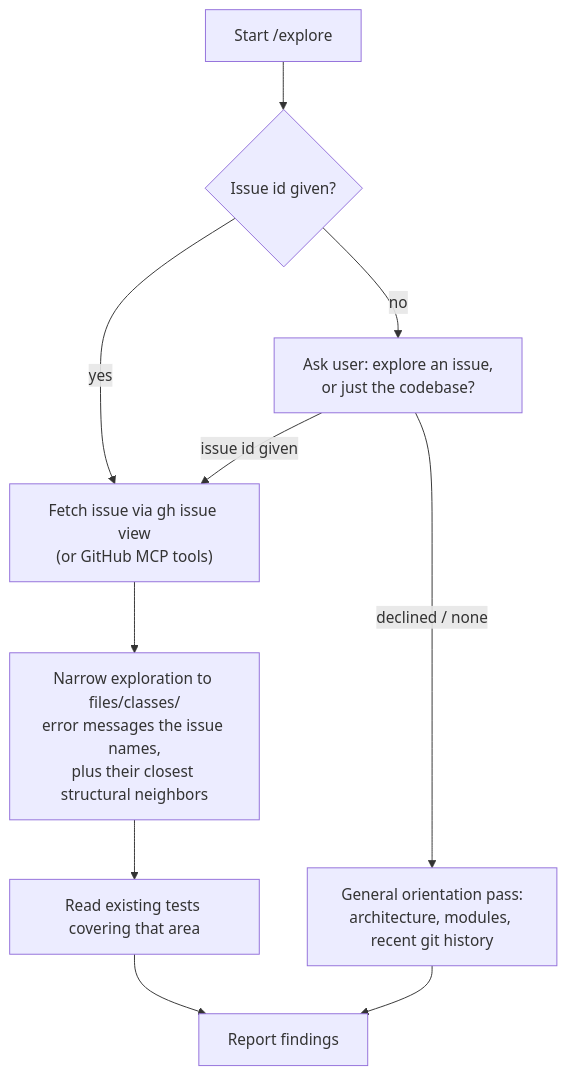
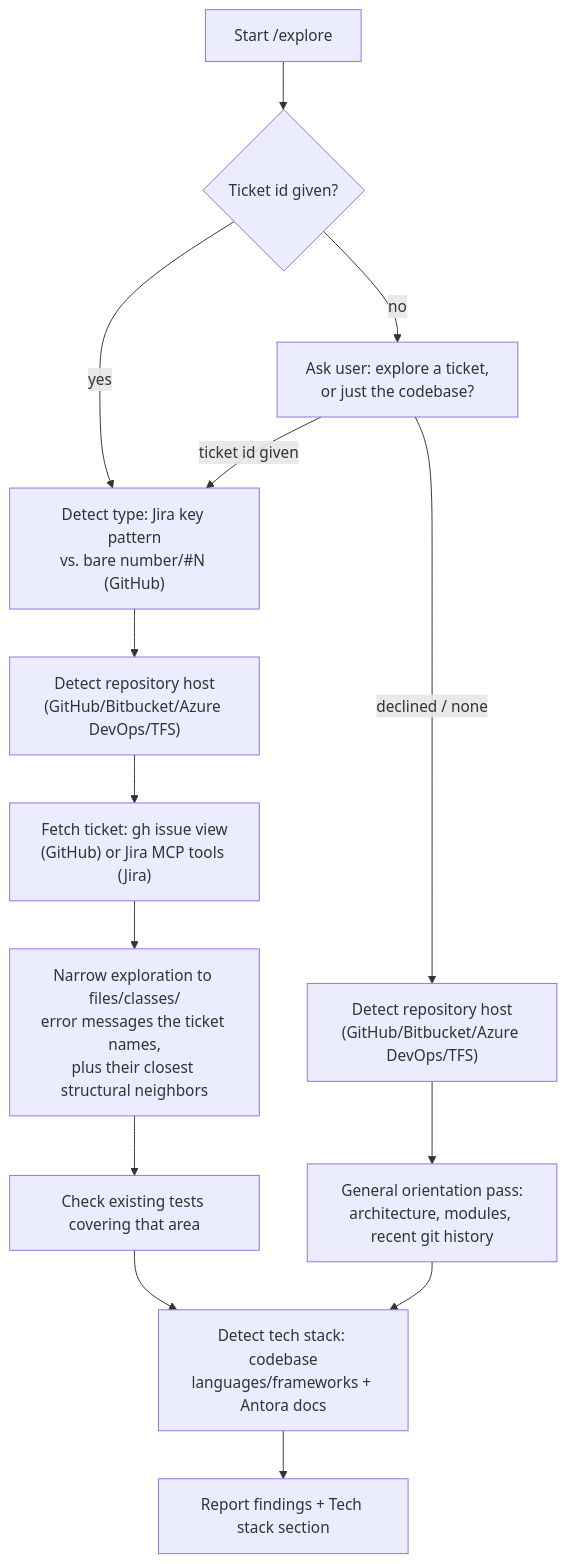
One commit to albertoirurueta/ai-catalog changed the diagram in docs/modules/ROOT/pages/skills/explore.adoc. Above: the diagram before and after it, drawn with Mermaid. The commit also changed other lines of this file and 23 other files, not shown here.

```diff
--- a/docs/modules/ROOT/pages/skills/explore.adoc
+++ b/docs/modules/ROOT/pages/skills/explore.adoc
@@ -53,13 +62,17 @@
 [mermaid]
 ....
 flowchart TD
-    A[Start /explore] --> B{Issue id given?}
-    B -- yes --> C["Fetch issue via gh issue view\n(or GitHub MCP tools)"]
-    B -- no --> D["Ask user: explore an issue,\nor just the codebase?"]
-    D -- issue id given --> C
-    D -- declined / none --> E["General orientation pass:\narchitecture, modules, recent git history"]
-    C --> F["Narrow exploration to files/classes/\nerror messages the issue names,\nplus their closest structural neighbors"]
-    F --> G["Read existing tests covering that area"]
-    E --> H[Report findings]
-    G --> H
+    A[Start /explore] --> B{Ticket id given?}
+    B -- yes --> C["Detect type: Jira key pattern\nvs. bare number/#N (GitHub)"]
+    B -- no --> D["Ask user: explore a ticket,\nor just the codebase?"]
+    D -- ticket id given --> C
+    D -- declined / none --> E["Detect repository host\n(GitHub/Bitbucket/Azure DevOps/TFS)"]
+    C --> F["Detect repository host\n(GitHub/Bitbucket/Azure DevOps/TFS)"]
+    F --> G["Fetch ticket: gh issue view\n(GitHub) or Jira MCP tools (Jira)"]
+    G --> H["Narrow exploration to files/classes/\nerror messages the ticket names,\nplus their closest structural neighbors"]
+    H --> I["Check existing tests covering that area"]
+    E --> J["General orientation pass:\narchitecture, modules, recent git history"]
+    I --> K["Detect tech stack: codebase\nlanguages/frameworks + Antora docs"]
+    J --> K
+    K --> L[Report findings + Tech stack section]
 ....
```
